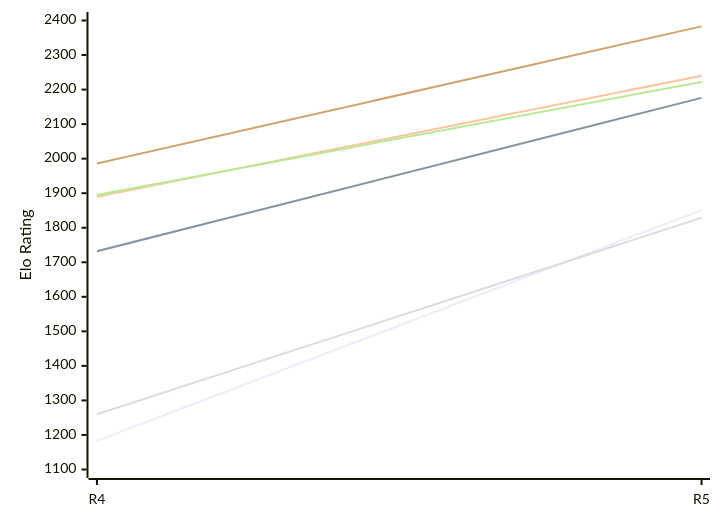
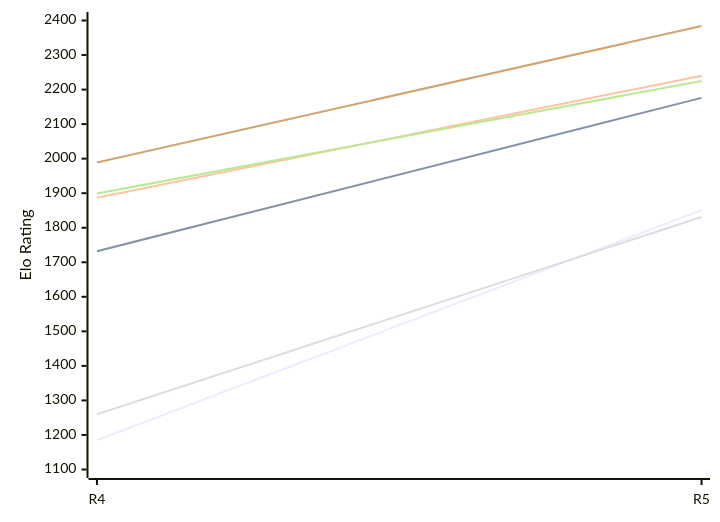
One commit to computer-chess-index/cci changed the first of 2 diagrams in engines/Viking.md. Above: the diagram before and after it, drawn with Mermaid. The commit also changed other lines of this file, not shown here.

Commit message:
Update CCI Ratings (ELO VLTC) - 2026-11-28

````diff
--- a/engines/Viking.md
+++ b/engines/Viking.md
@@ -50,12 +50,12 @@
 ```mermaid
 %%{init: {"theme":"base","themeVariables":{"seriesColors:['#a3a3a3','#222221','#faa371']}}}%%
 xychart-beta
   x-axis ["R4", "R5"]
   y-axis "Elo Rating" 1100 --> 2400
-  line "E1: STC (8.0+0.08s)" [1183, 1851]
+  line "E1: STC (8.0+0.08s)" [1185, 1851]
   line "E1: LTC (60.0+0.60s)" [1732, 2176]
-  line "E1: VLTC (2m24s+1.12s)" [1890, 2240]
-  line "P1: STC (8.0+0.08s)" [1260, 1829]
-  line "P1: LTC (60.0+0.60s)" [1895, 2222]
-  line "P1: VLTC (2m24s+1.12s)" [1986, 2383]
+  line "E1: VLTC (2m24s+1.12s)" [1887, 2240]
+  line "P1: STC (8.0+0.08s)" [1260, 1831]
+  line "P1: LTC (60.0+0.60s)" [1899, 2225]
+  line "P1: VLTC (2m24s+1.12s)" [1989, 2384]
 ```
````
